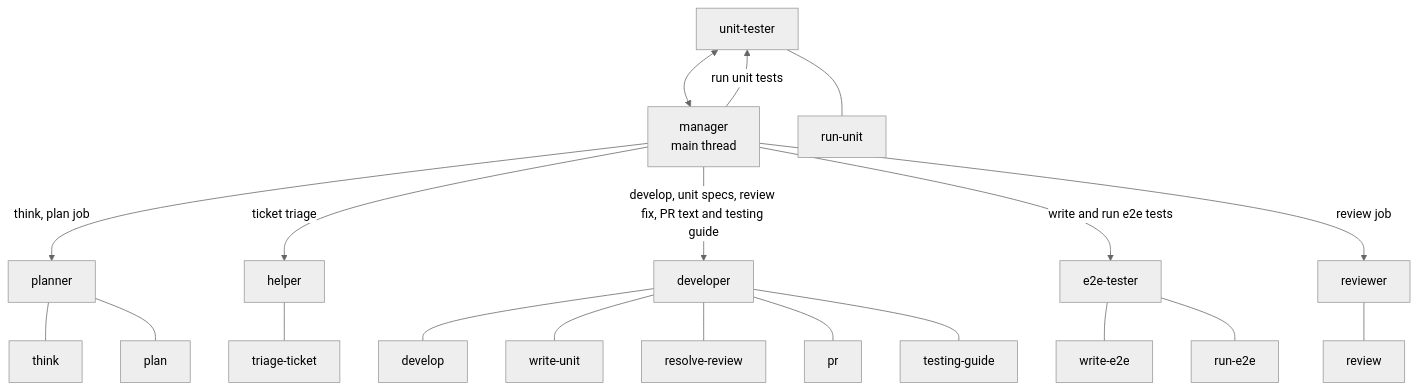
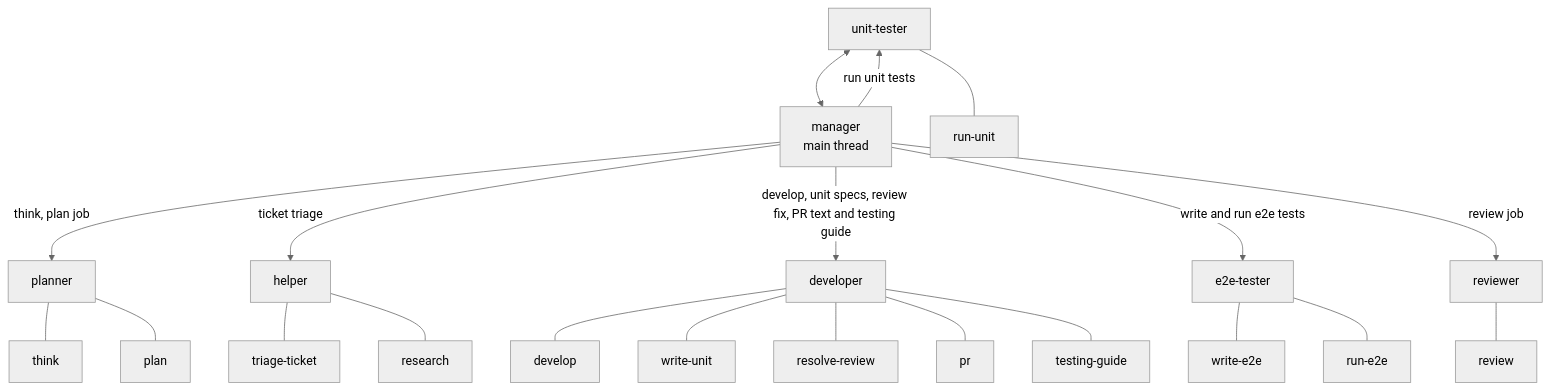
One commit to le0u0/plugins changed the first of 3 diagrams in agent-workflow/docs/architecture/ARCHITECTURE.md. Above: the diagram before and after it, drawn with Mermaid (neutral theme). The commit also changed other lines of this file and 19 other files, not shown here.

````diff
--- a/agent-workflow/docs/architecture/ARCHITECTURE.md
+++ b/agent-workflow/docs/architecture/ARCHITECTURE.md
@@ -7,17 +7,17 @@
 ```mermaid
 flowchart TD
     U([User]) <--> M[manager<br/>main thread]
     M -->|think, plan job| P[planner]
     M -->|ticket triage| H[helper]
     M -->|develop, unit specs, review fix, PR text and testing guide| D[developer]
     M -->|run unit tests| U[unit-tester]
     M -->|write and run e2e tests| E[e2e-tester]
     M -->|review job| R[reviewer]
 
     P --- P1[think] & P3[plan]
-    H --- H1[triage-ticket]
+    H --- H1[triage-ticket] & H2[research]
     D --- D1[develop] & D2[write-unit] & D4[resolve-review] & D6[pr] & D7[testing-guide]
     U --- U1[run-unit]
     E --- E1[write-e2e] & E2[run-e2e]
     R --- R1[review]
 ```
````
